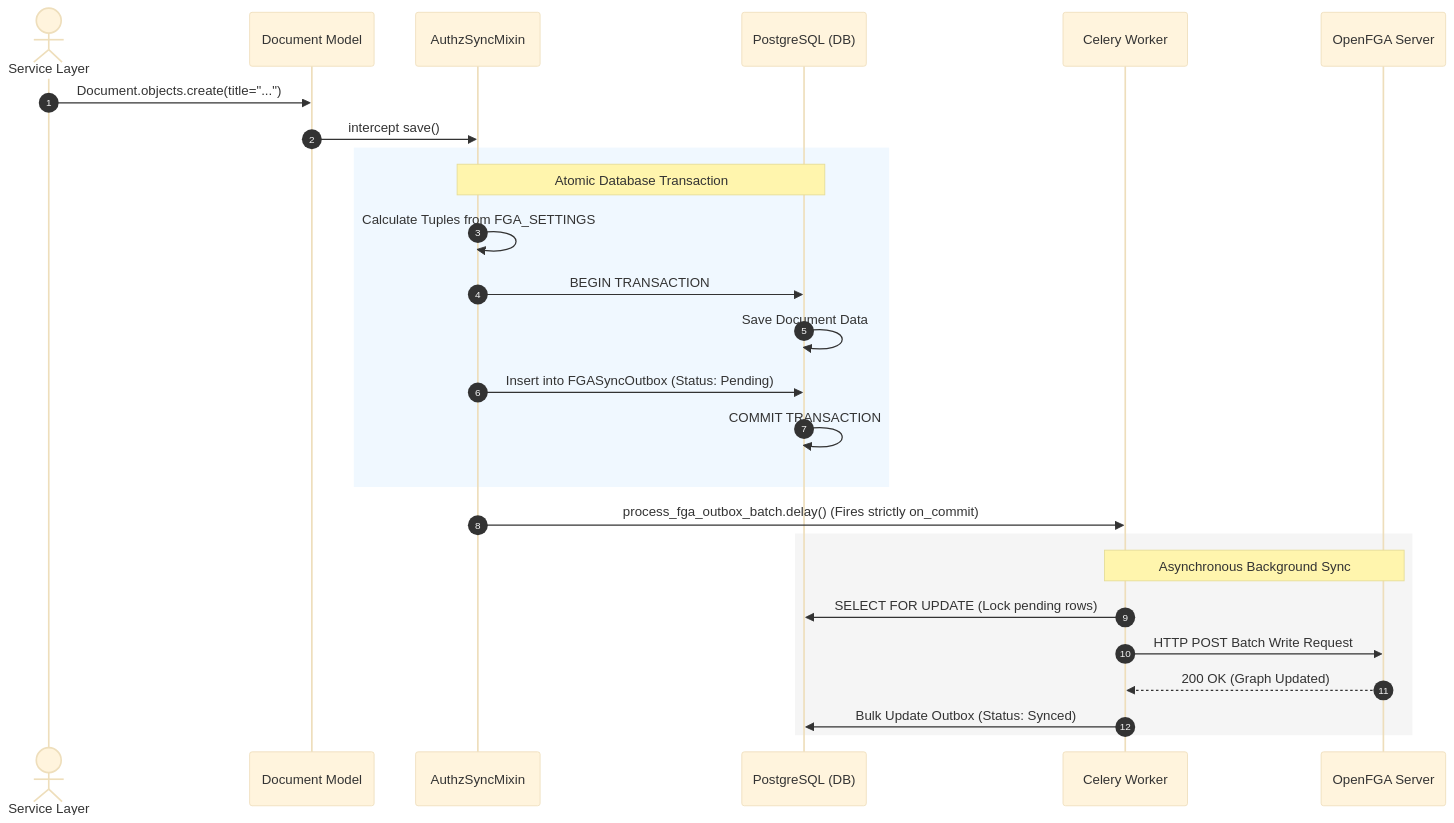
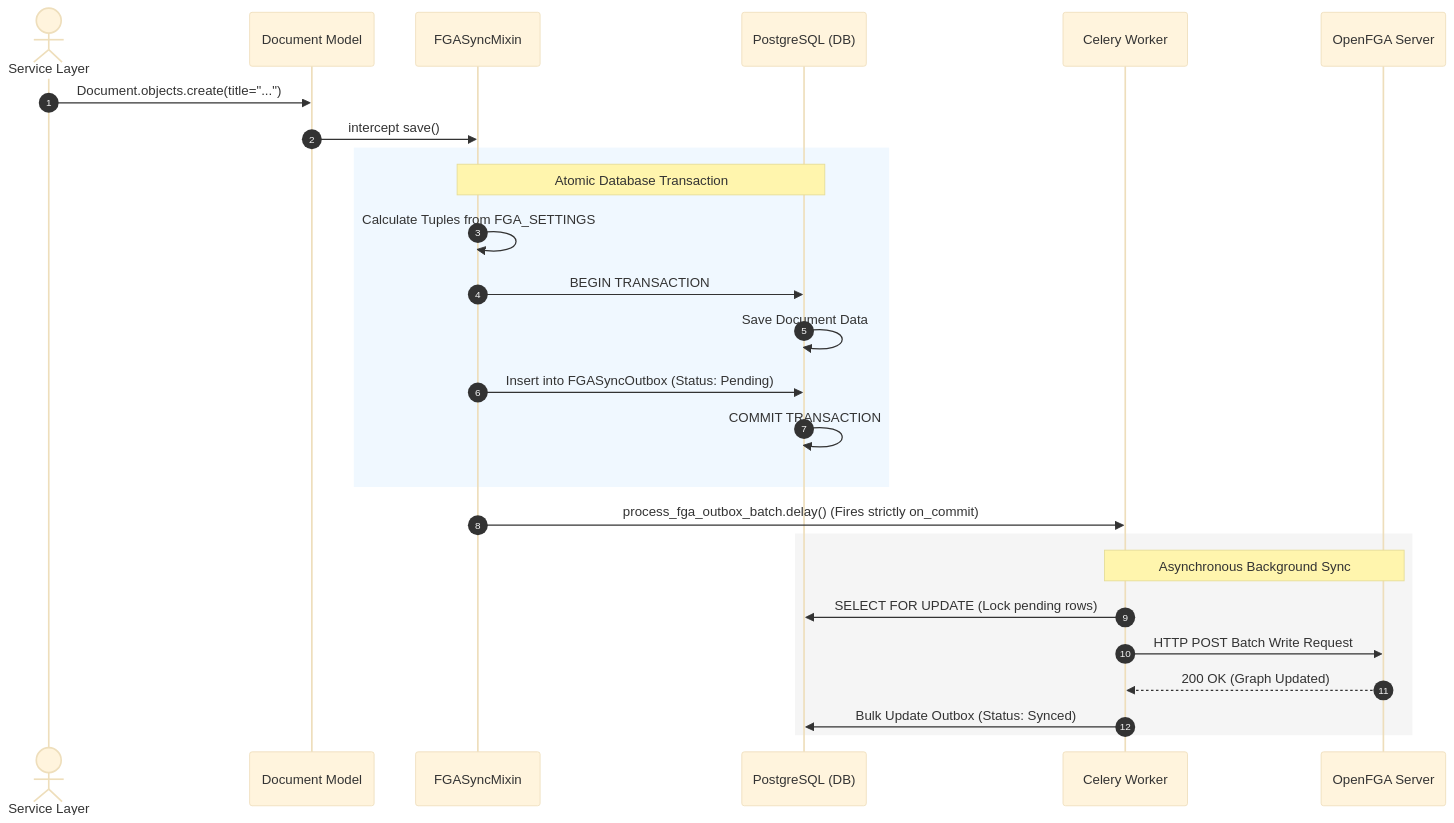
The second of 2 diagrams in docs/examples/models.md (aerosadegh/django-fga-data-sync), drawn with Mermaid (base theme) before and after one commit. The commit also changed other lines of this file and 33 other files, not shown here.

````diff
--- a/docs/examples/models.md
+++ b/docs/examples/models.md
@@ -113,32 +113,32 @@
 ```mermaid
 sequenceDiagram
     autonumber
     actor Code as Service Layer
     participant Model as Document Model
-    participant Mixin as AuthzSyncMixin
+    participant Mixin as FGASyncMixin
     participant DB as PostgreSQL (DB)
     participant Celery as Celery Worker
     participant FGA as OpenFGA Server
 
     Code->>Model: Document.objects.create(title="...")
     Model->>Mixin: intercept save()
 
     rect rgb(240, 248, 255)
         Note over Mixin, DB: Atomic Database Transaction
         Mixin->>Mixin: Calculate Tuples from FGA_SETTINGS
         Mixin->>DB: BEGIN TRANSACTION
         DB->>DB: Save Document Data
         Mixin->>DB: Insert into FGASyncOutbox (Status: Pending)
         DB->>DB: COMMIT TRANSACTION
     end
 
     Mixin->>Celery: process_fga_outbox_batch.delay() (Fires strictly on_commit)
 
     rect rgb(245, 245, 245)
         Note over Celery, FGA: Asynchronous Background Sync
         Celery->>DB: SELECT FOR UPDATE (Lock pending rows)
         Celery->>FGA: HTTP POST Batch Write Request
         FGA-->>Celery: 200 OK (Graph Updated)
         Celery->>DB: Bulk Update Outbox (Status: Synced)
     end
 ```
````
